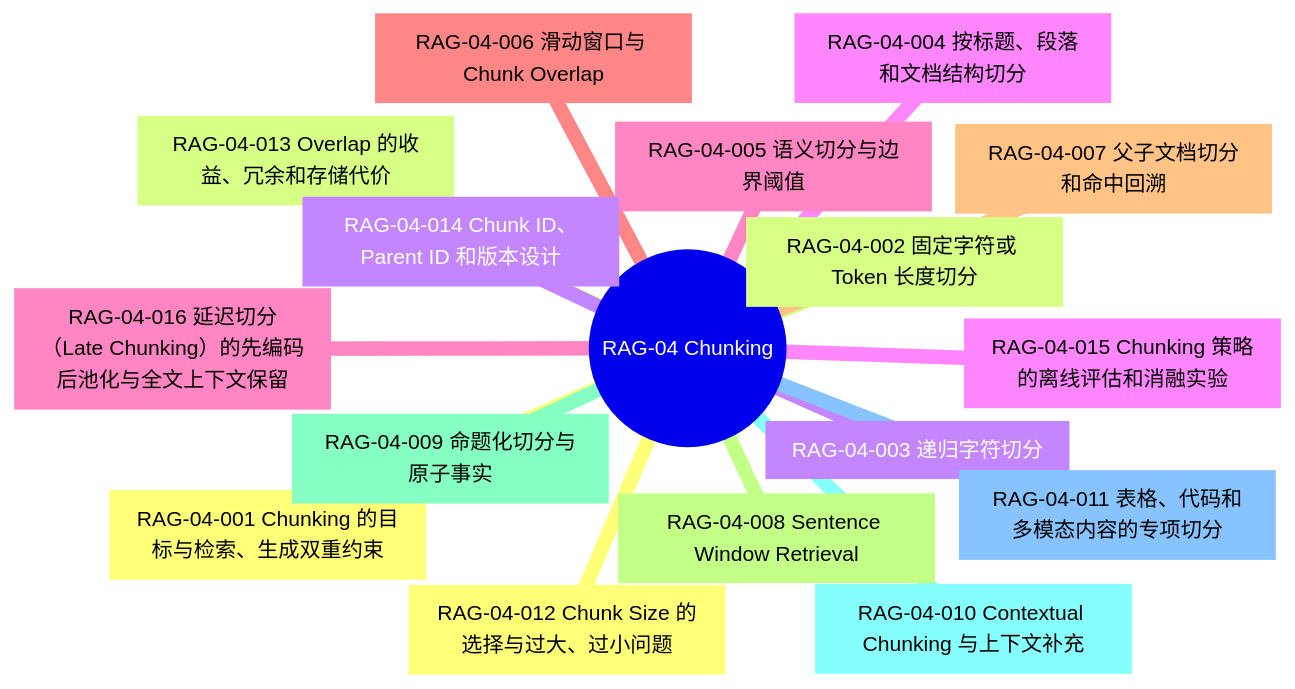
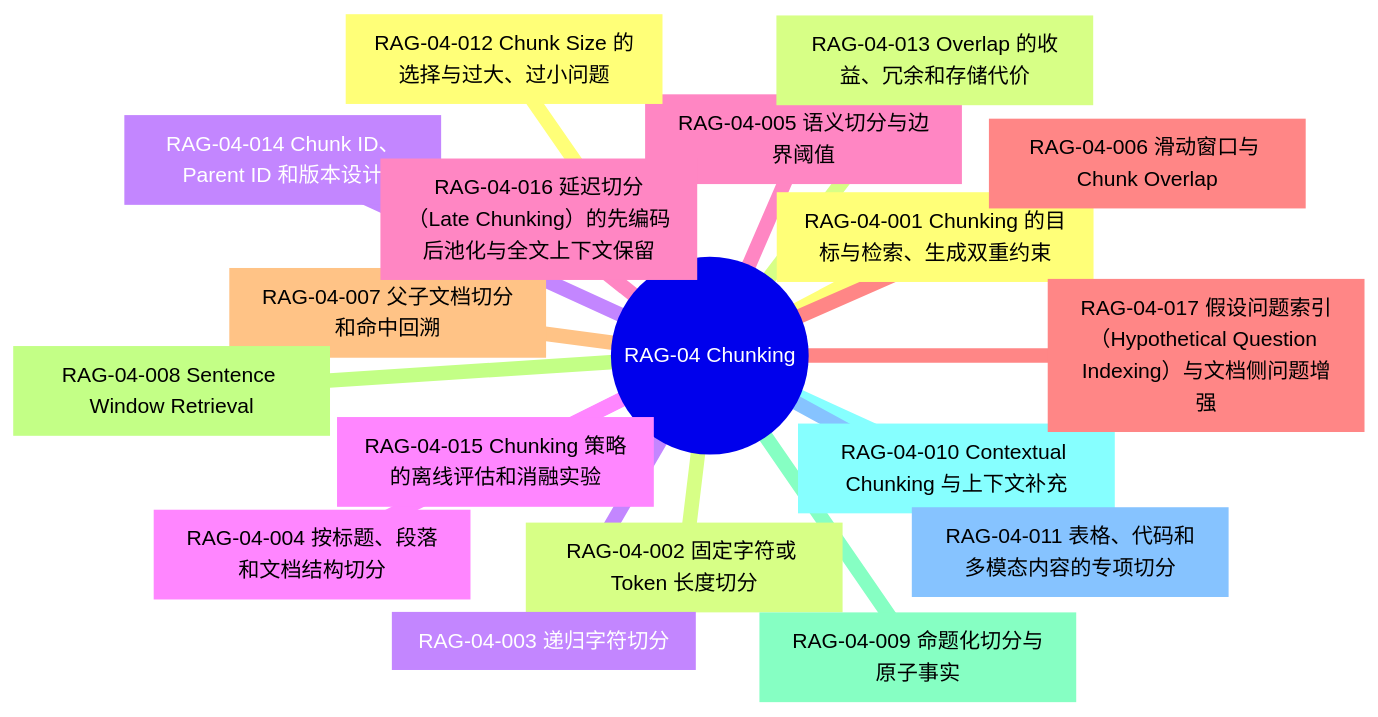
The diagram in learning/rag/draft-modules/rag-04.md (SodaWWater/AI-Learn), drawn with Mermaid before and after one commit. The commit also changed other lines of this file and 11 other files, not shown here.

````diff
--- a/learning/rag/draft-modules/rag-04.md
+++ b/learning/rag/draft-modules/rag-04.md
@@ -5,20 +5,21 @@
 ```mermaid
 mindmap
   root(("RAG-04 Chunking"))
     RAG_04_001["RAG-04-001 Chunking 的目标与检索、生成双重约束"]
     RAG_04_002["RAG-04-002 固定字符或 Token 长度切分"]
     RAG_04_003["RAG-04-003 递归字符切分"]
     RAG_04_004["RAG-04-004 按标题、段落和文档结构切分"]
     RAG_04_005["RAG-04-005 语义切分与边界阈值"]
     RAG_04_006["RAG-04-006 滑动窗口与 Chunk Overlap"]
     RAG_04_007["RAG-04-007 父子文档切分和命中回溯"]
     RAG_04_008["RAG-04-008 Sentence Window Retrieval"]
     RAG_04_009["RAG-04-009 命题化切分与原子事实"]
     RAG_04_010["RAG-04-010 Contextual Chunking 与上下文补充"]
     RAG_04_011["RAG-04-011 表格、代码和多模态内容的专项切分"]
     RAG_04_012["RAG-04-012 Chunk Size 的选择与过大、过小问题"]
     RAG_04_013["RAG-04-013 Overlap 的收益、冗余和存储代价"]
     RAG_04_014["RAG-04-014 Chunk ID、Parent ID 和版本设计"]
     RAG_04_015["RAG-04-015 Chunking 策略的离线评估和消融实验"]
     RAG_04_016["RAG-04-016 延迟切分（Late Chunking）的先编码后池化与全文上下文保留"]
+    RAG_04_017["RAG-04-017 假设问题索引（Hypothetical Question Indexing）与文档侧问题增强"]
 ```
````
